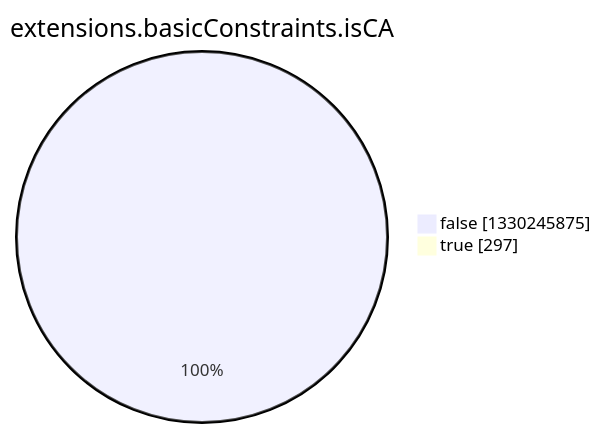
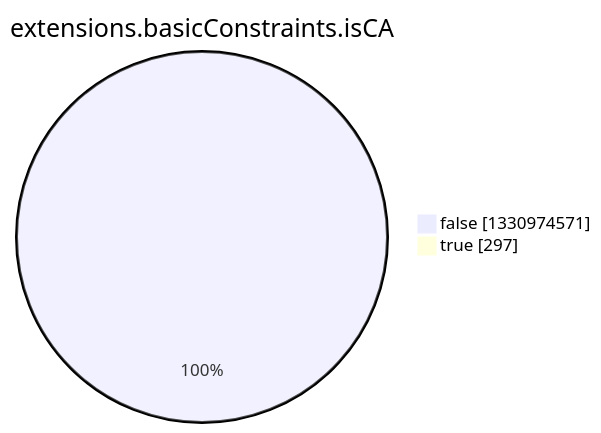
One commit to christiankrug/ctmonitor_visualization changed the eighth of 15 diagrams in argon2022/README.md. Above: the diagram before and after it, drawn with Mermaid. The commit also changed other lines of this file, not shown here.

````diff
--- a/argon2022/README.md
+++ b/argon2022/README.md
@@ -2758,6 +2758,6 @@
 ```mermaid
 pie showData
 title extensions.basicConstraints.isCA
-"false" :1330245875
+"false" :1330974571
 "true" :297
 ```
````
